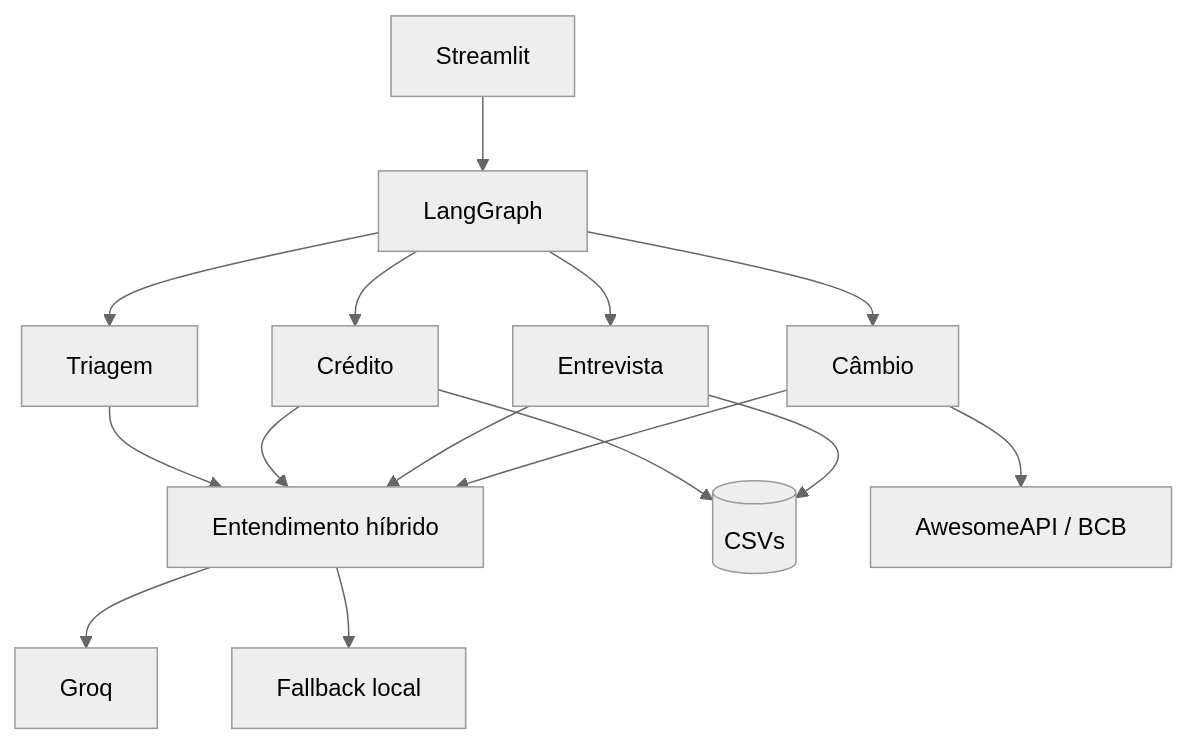
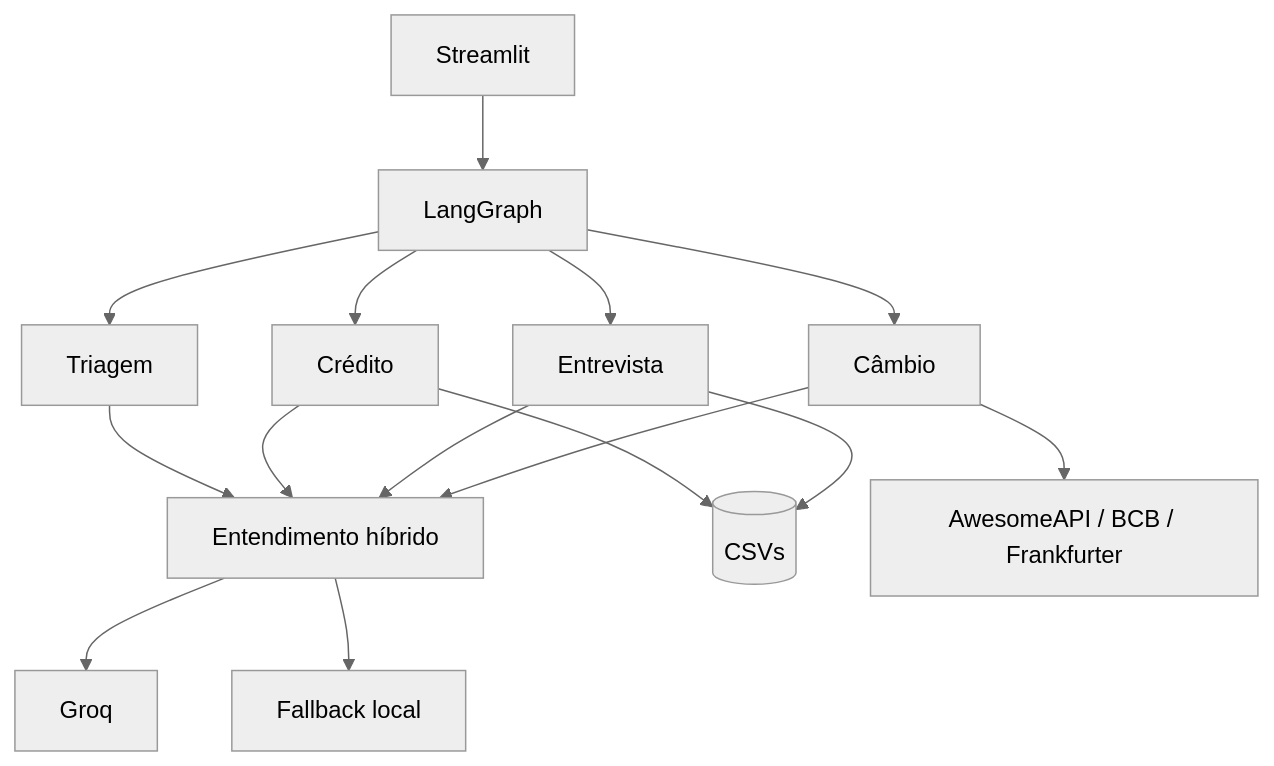
Before and after one commit to guisefe/banco-agil-agent: the diagram in README.md, drawn with Mermaid (neutral theme). The commit also changed other lines of this file, not shown here.

Commit message:
docs: present the banking agent architecture

````diff
--- a/README.md
+++ b/README.md
@@ -113,17 +92,17 @@
 ```mermaid
 flowchart TD
     UI[Streamlit] --> G[LangGraph]
     G --> T[Triagem]
     G --> C[Crédito]
     G --> E[Entrevista]
     G --> X[Câmbio]
     T --> U[Entendimento híbrido]
     C --> U
     E --> U
     X --> U
     U --> L[Groq]
     U --> F[Fallback local]
     C --> CSV[(CSVs)]
     E --> CSV
-    X --> API[AwesomeAPI / BCB]
+    X --> API[AwesomeAPI / BCB / Frankfurter]
 ```
````
